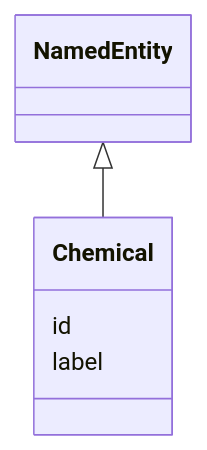
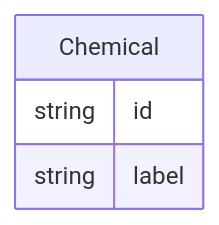
Before and after one commit to monarch-initiative/ontogpt: the diagram in docs/ctd/Chemical.md, drawn with Mermaid. The commit also changed other lines of this file and 187 other files, not shown here.

````diff
--- a/docs/ctd/Chemical.md
+++ b/docs/ctd/Chemical.md
@@ -8,9 +8,10 @@
 ```mermaid
- classDiagram
-    class Chemical
-      NamedEntity <|-- Chemical
-      
-      Chemical : id
-      Chemical : label
-      
+erDiagram
+Chemical {
+    string id  
+    string label  
+}
+
+
+
 ```
````
